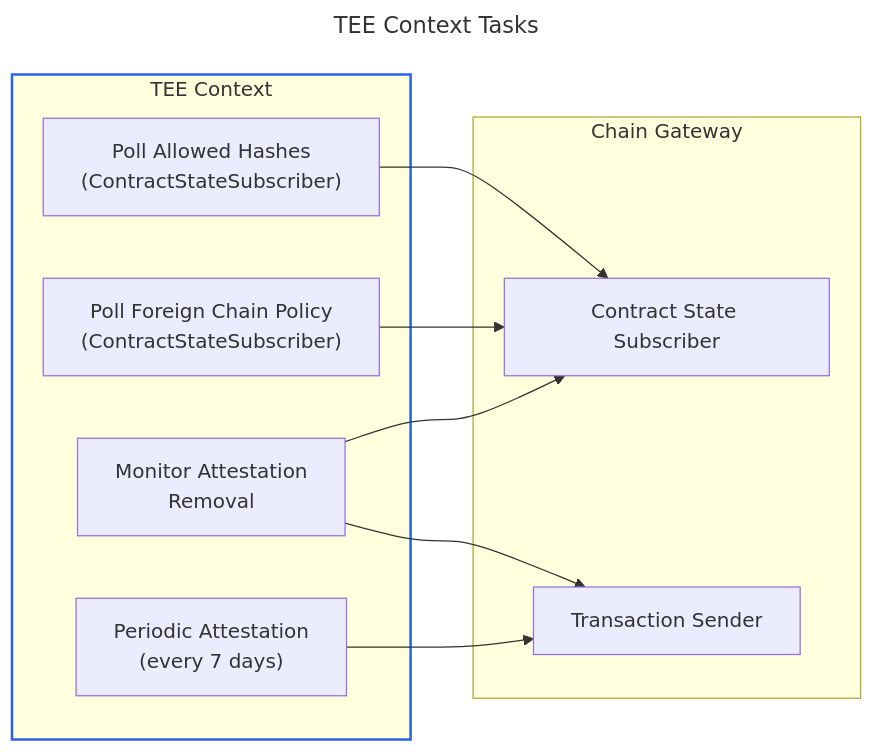
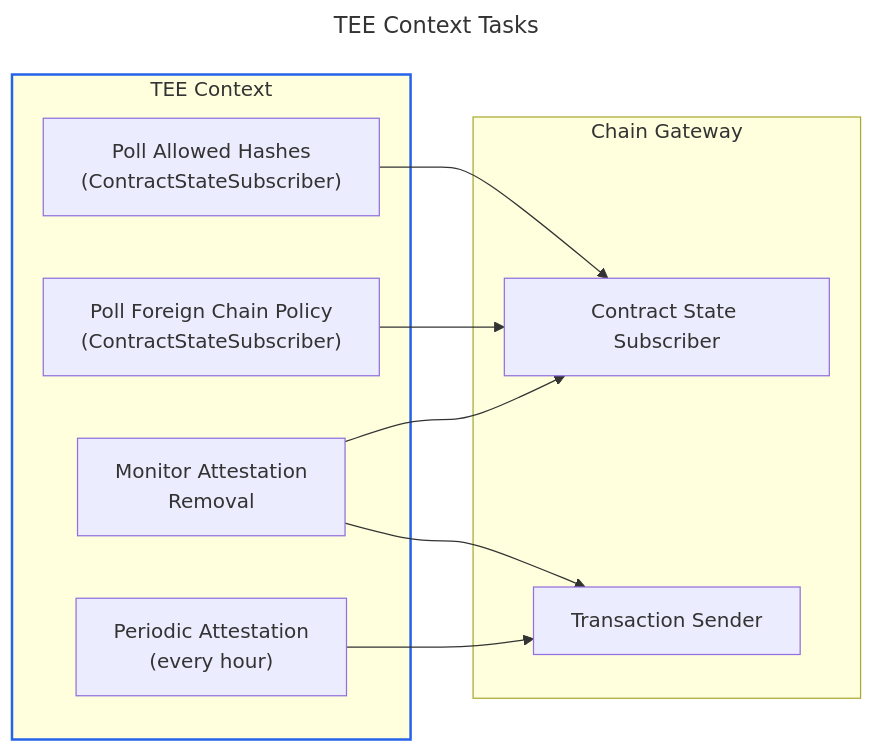
The third of 4 diagrams in docs/tee-lifecycle.md (near/mpc), drawn with Mermaid before and after one commit. The commit also changed other lines of this file and 5 other files, not shown here.

````diff
--- a/docs/tee-lifecycle.md
+++ b/docs/tee-lifecycle.md
@@ -156,27 +156,27 @@
 ```mermaid
 ---
 title: TEE Context Tasks
 ---
 flowchart LR
 
 subgraph TEE_CTX["TEE Context"]
     POLL_HASHES["Poll Allowed Hashes<br/>(ContractStateSubscriber)"]
     POLL_FCP["Poll Foreign Chain Policy<br/>(ContractStateSubscriber)"]
     MONITOR["Monitor Attestation<br/>Removal"]
-    ATTEST["Periodic Attestation<br/>(every 7 days)"]
+    ATTEST["Periodic Attestation<br/>(every hour)"]
 end
 
 subgraph CHAIN["Chain Gateway"]
     CSUB["Contract State Subscriber"]
     TSEND["Transaction Sender"]
 end
 
 POLL_HASHES --> CSUB
 POLL_FCP --> CSUB
 ATTEST --> TSEND
 MONITOR --> CSUB
 MONITOR --> TSEND
 
 classDef ctx stroke:#2563eb,stroke-width:2px;
 class TEE_CTX ctx;
 ```
````
